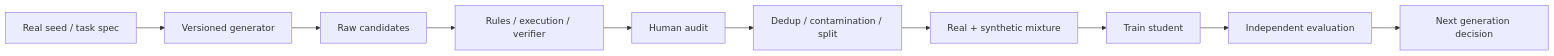
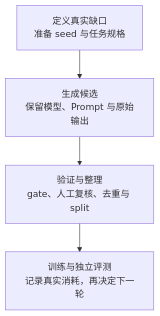
The diagram in docs/training/synthetic-data.md (NightLemon/about-llm), drawn with Mermaid before and after one commit. The commit also changed other lines of this file, not shown here.

Commit message:
docs: follow synthetic data from candidate to training

````diff
--- a/docs/training/synthetic-data.md
+++ b/docs/training/synthetic-data.md
@@ -52,12 +60,6 @@
 ```mermaid
-flowchart LR
-  S["Real seed / task spec"] --> G["Versioned generator"]
-  G --> R["Raw candidates"]
-  R --> V["Rules / execution / verifier"]
-  V --> H["Human audit"]
-  H --> D["Dedup / contamination / split"]
-  D --> M["Real + synthetic mixture"]
-  M --> T["Train student"]
-  T --> E["Independent evaluation"]
-  E --> N["Next generation decision"]
+flowchart TD
+  S["定义真实缺口<br/>准备 seed 与任务规格"] --> G["生成候选<br/>保留模型、Prompt 与原始输出"]
+  G --> V["验证与整理<br/>gate、人工复核、去重与 split"]
+  V --> T["训练与独立评测<br/>记录真实消耗，再决定下一轮"]
 ```
````
